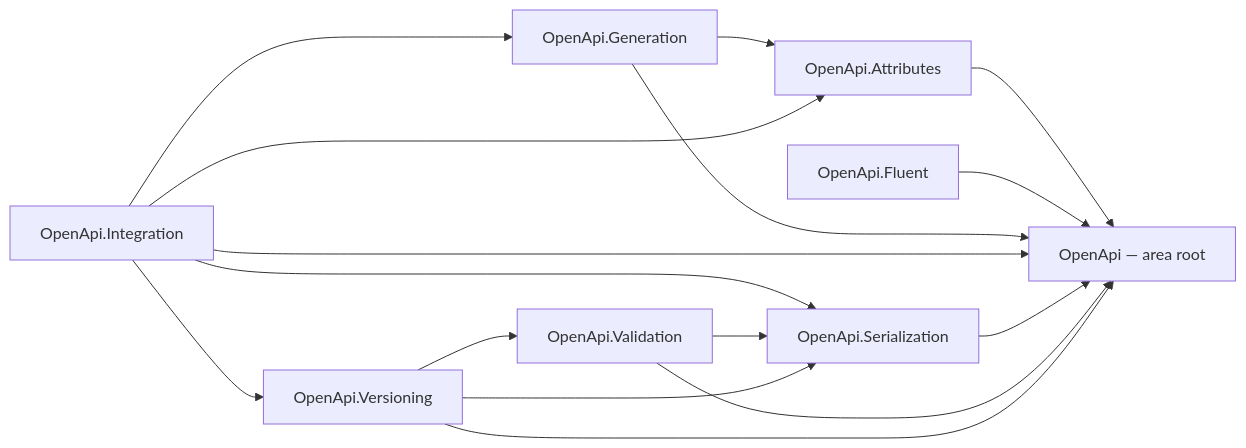
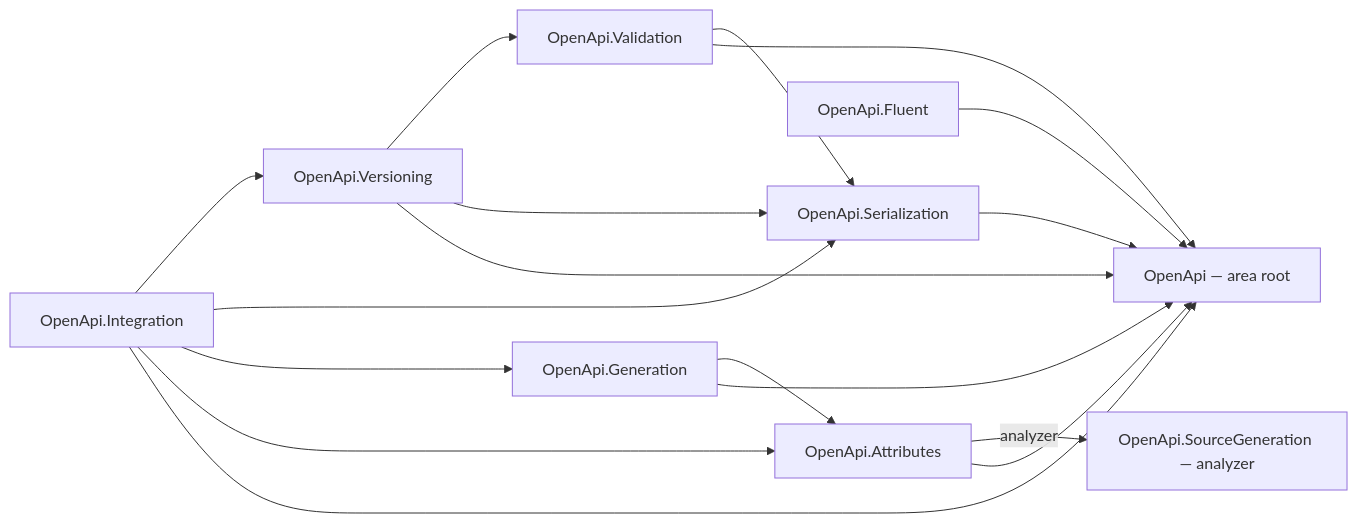
The diagram in libraries/OpenApi/README.md (assimalign/cohesion), drawn with Mermaid before and after one commit. The commit also changed other lines of this file and 7 other files, not shown here.

````diff
--- a/libraries/OpenApi/README.md
+++ b/libraries/OpenApi/README.md
@@ -13,26 +16,28 @@
 ```mermaid
 flowchart LR
     P0["OpenApi — area root"]
     P1["OpenApi.Attributes"]
     P2["OpenApi.Fluent"]
     P3["OpenApi.Generation"]
     P4["OpenApi.Integration"]
     P5["OpenApi.Serialization"]
     P6["OpenApi.Validation"]
     P7["OpenApi.Versioning"]
+    P8["OpenApi.SourceGeneration — analyzer"]
     P1 --> P0
+    P1 -->|"analyzer"| P8
     P2 --> P0
     P3 --> P0
     P3 --> P1
     P4 --> P0
     P4 --> P1
     P4 --> P3
     P4 --> P5
     P4 --> P7
     P5 --> P0
     P6 --> P0
     P6 --> P5
     P7 --> P0
     P7 --> P5
     P7 --> P6
 ```
````
